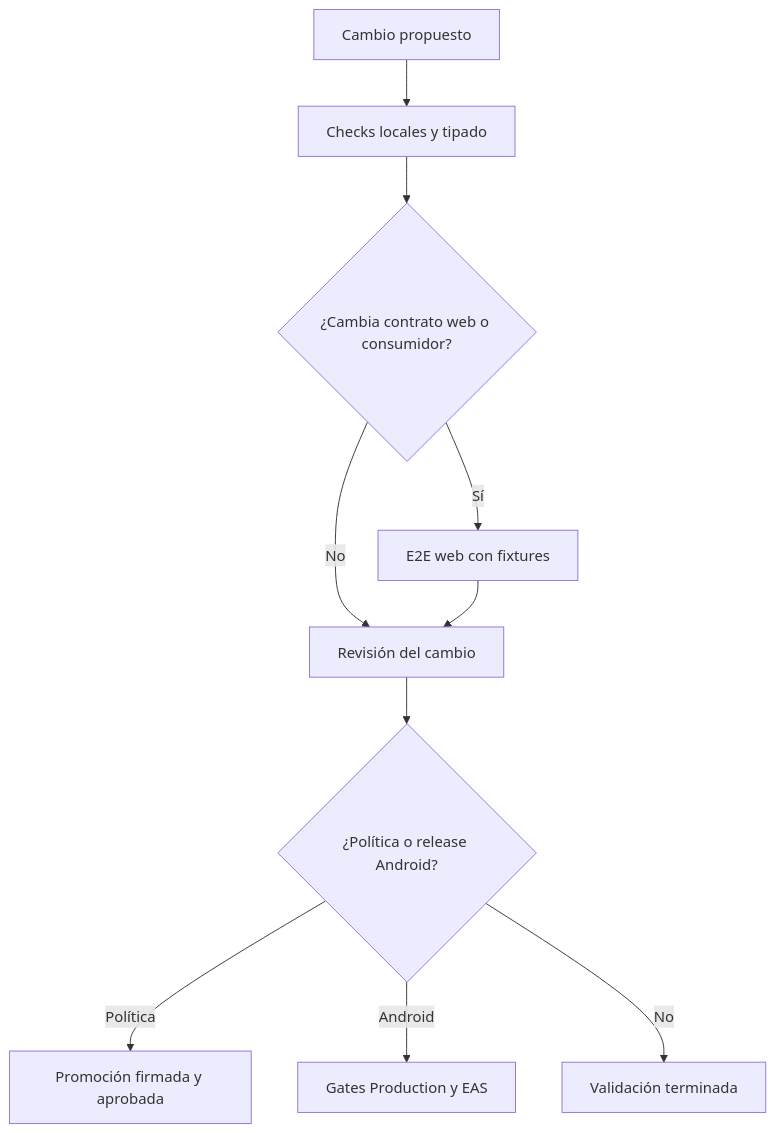
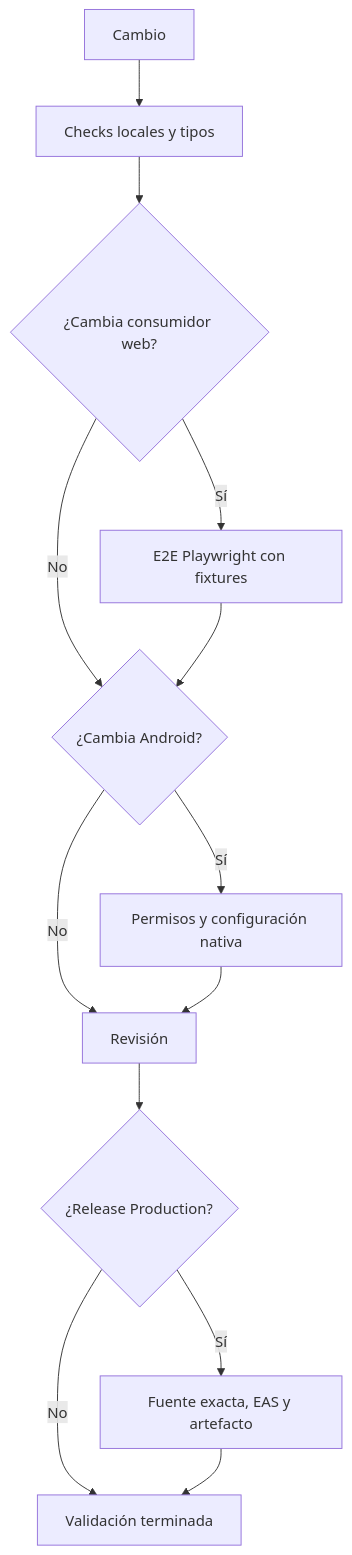
Before and after one commit to maximofn/gymnasia: the first of 2 diagrams in openwiki/operations/build-release-and-testing.md, drawn with Mermaid. The commit also changed other lines of this file and 52 other files, not shown here.

````diff
--- a/openwiki/operations/build-release-and-testing.md
+++ b/openwiki/operations/build-release-and-testing.md
@@ -66,12 +63,15 @@
 ```mermaid
 flowchart TD
-    Change["Cambio propuesto"] --> Local["Checks locales y tipado"]
-    Local --> Scope{"¿Cambia contrato web o consumidor?"}
-    Scope -->|"Sí"| Web["E2E web con fixtures"]
-    Scope -->|"No"| Review["Revisión del cambio"]
-    Web --> Review
-    Review --> Sensitive{"¿Política o release Android?"}
-    Sensitive -->|"Política"| Signed["Promoción firmada y aprobada"]
-    Sensitive -->|"Android"| Release["Gates Production y EAS"]
-    Sensitive -->|"No"| Done["Validación terminada"]
+    Change["Cambio"] --> Local["Checks locales y tipos"]
+    Local --> Web{"¿Cambia consumidor web?"}
+    Web -->|"Sí"| E2E["E2E Playwright con fixtures"]
+    Web -->|"No"| Native{"¿Cambia Android?"}
+    E2E --> Native
+    Native -->|"Sí"| Android["Permisos y configuración nativa"]
+    Native -->|"No"| Review["Revisión"]
+    Android --> Review
+    Review --> Release{"¿Release Production?"}
+    Release -->|"Sí"| Gates["Fuente exacta, EAS y artefacto"]
+    Release -->|"No"| Done["Validación terminada"]
+    Gates --> Done
 ```
````
